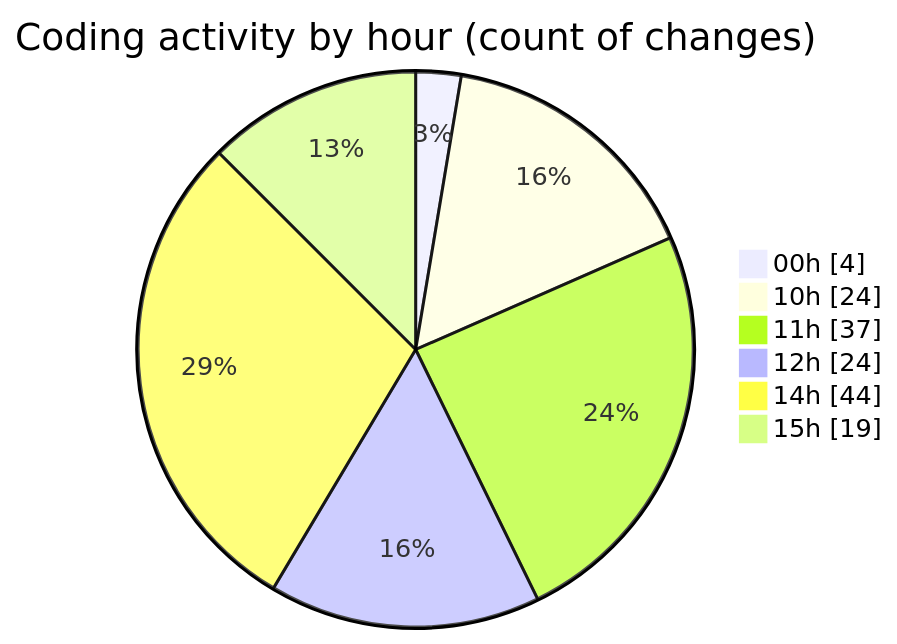
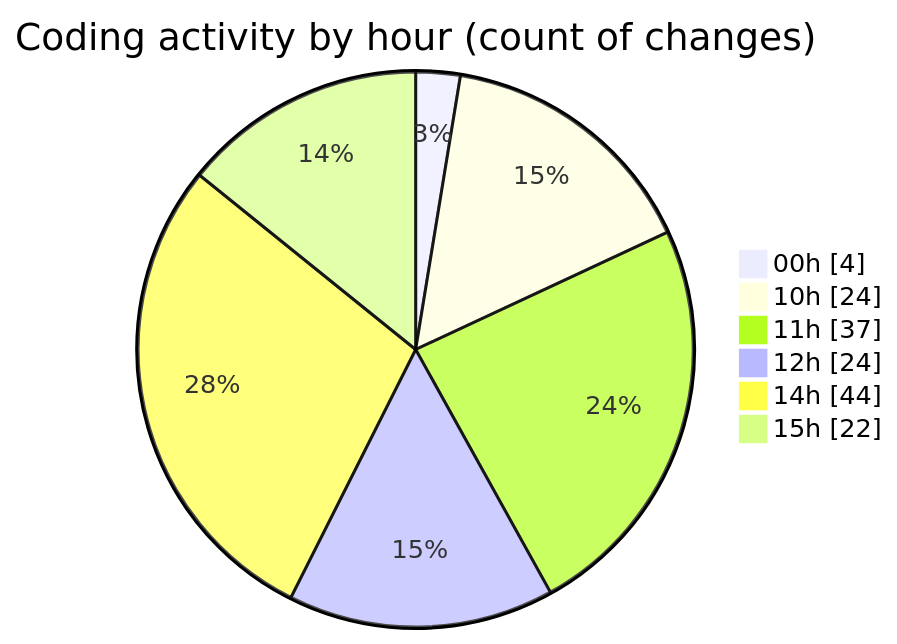
Before and after one commit to Netris89/code-tracking: the second of 2 diagrams in 2025-04-04/back-end/README.md, drawn with Mermaid. The commit also changed other lines of this file and 1 other file, not shown here.

````diff
--- a/2025-04-04/back-end/README.md
+++ b/2025-04-04/back-end/README.md
@@ -47,10 +47,10 @@
 ```mermaid
 pie showData
 title Coding activity by hour (count of changes)
 "00h" : 4
 "10h" : 24
 "11h" : 37
 "12h" : 24
 "14h" : 44
-"15h" : 19
+"15h" : 22
 ```
````
